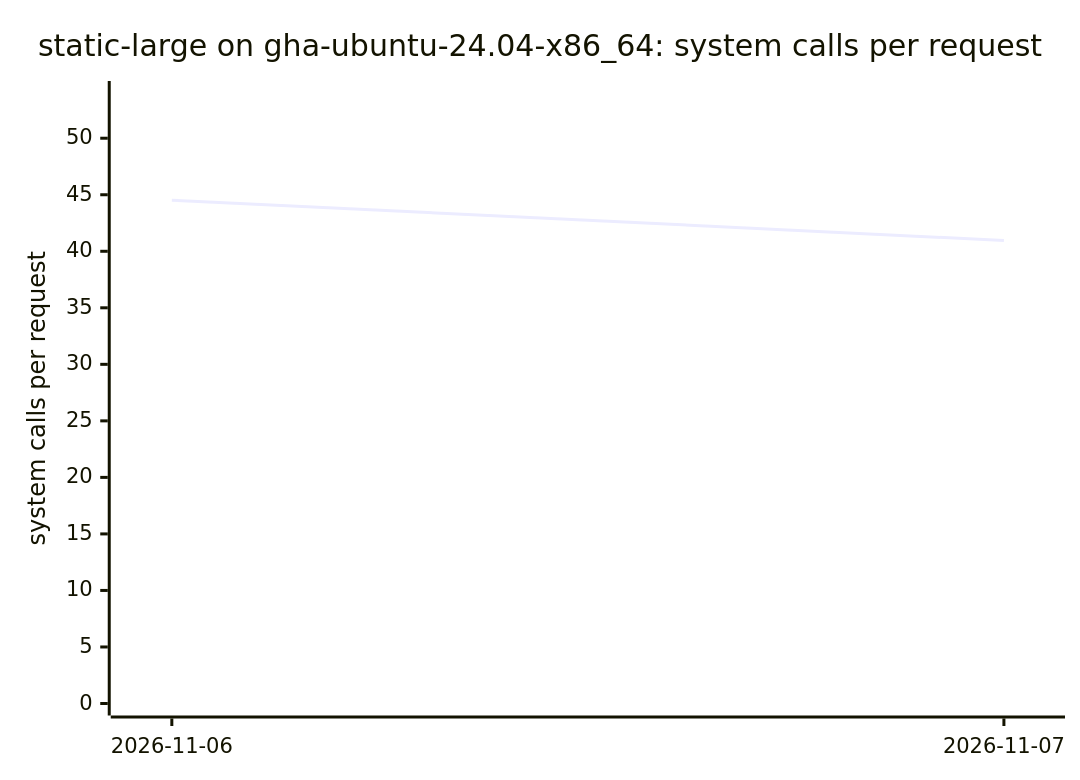
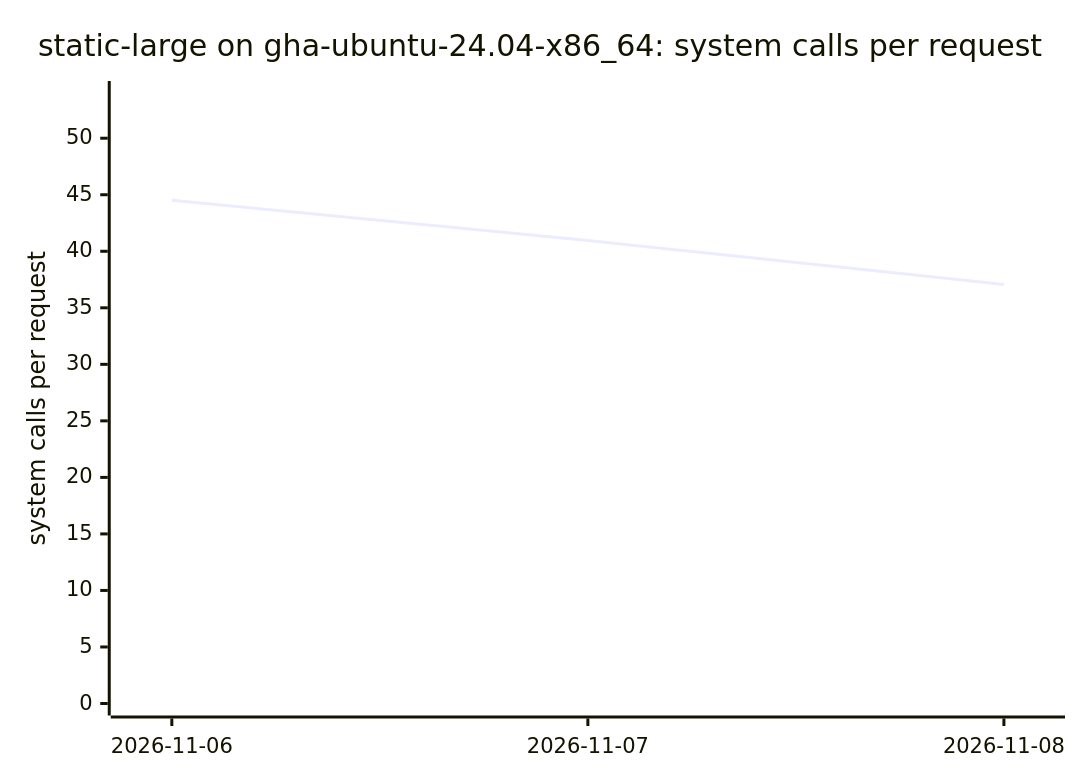
Before and after one commit to ThePixelPilgrim/durchlauferhitzer: the tenth of 16 diagrams in BENCHMARKS.md, drawn with Mermaid. The commit also changed other lines of this file and 1 other file, not shown here.

````diff
--- a/BENCHMARKS.md
+++ b/BENCHMARKS.md
@@ -117,7 +117,7 @@
 ```mermaid
 xychart-beta
   title "static-large on gha-ubuntu-24.04-x86_64: system calls per request"
-  x-axis ["2026-11-06", "2026-11-07"]
+  x-axis ["2026-11-06", "2026-11-07", "2026-11-08"]
   y-axis "system calls per request" 0 --> 54
-  line [44.52, 40.96]
+  line [44.52, 40.96, 37.07]
 ```
````
